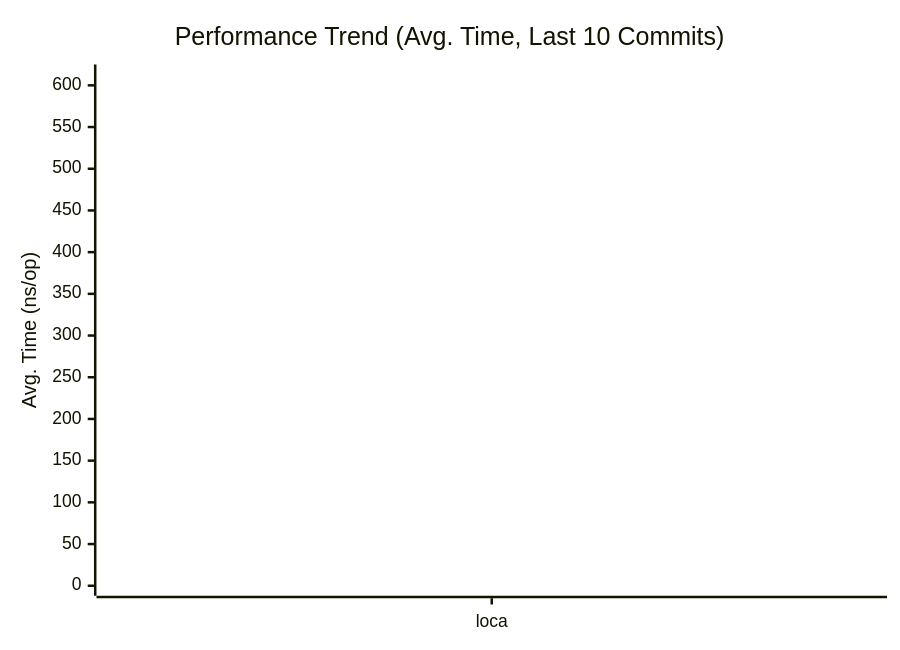
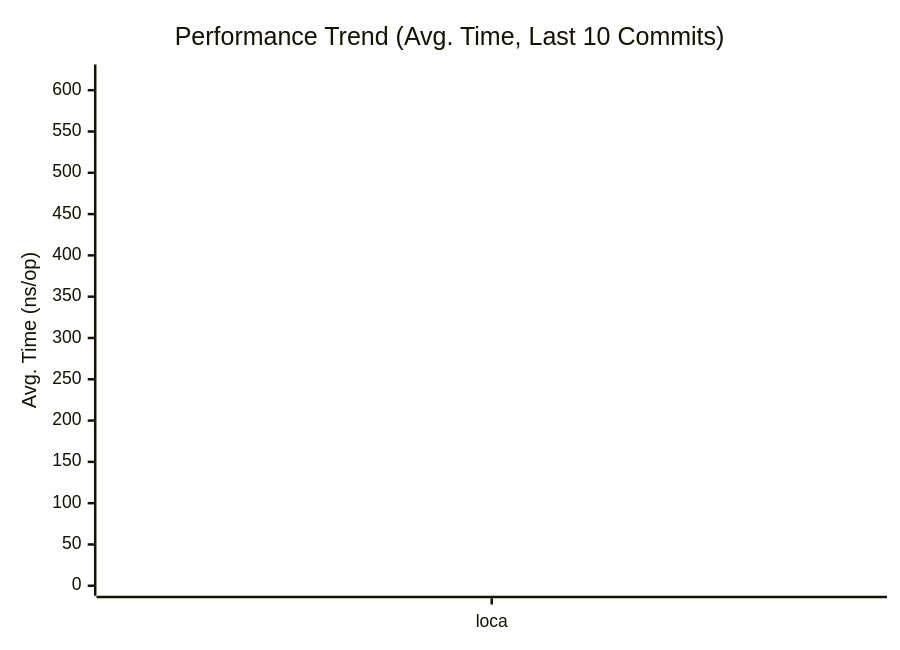
One commit to alsotoes/momo changed the first of 3 diagrams in docs/PERFORMANCE.md. Above: the diagram before and after it, drawn with Mermaid. The commit also changed other lines of this file and 6 other files, not shown here.

````diff
--- a/docs/PERFORMANCE.md
+++ b/docs/PERFORMANCE.md
@@ -80,16 +80,16 @@
 ```mermaid
 xychart-beta
     title "Performance Trend (Avg. Time, Last 10 Commits)"
     x-axis "Commit"
     y-axis "Avg. Time (ns/op)"
     x-axis [loca]
-    line "CheckMetricsAndSwap" [6,6,7,14,7,6,6,7,7,6]
-    line "CrushOptimized" [279,265,295,618,264,255,245,263,280,255]
-    line "CrushOriginal" [388,399,426,831,362,367,368,359,367,362]
-    line "IndexDirectTracking" [0,0,0,1,0,0,0,0,0,0]
-    line "IndexSearch" [2,3,3,4,3,3,3,3,3,3]
-    line "LoadGlobalConfig" [613,619,815,1442,632,613,599,626,637,616]
-    line "PadString" [2,2,2,3,2,2,2,2,2,2]
+    line "CheckMetricsAndSwap" [6,7,14,7,6,6,7,7,6,7]
+    line "CrushOptimized" [265,295,618,264,255,245,263,280,255,304]
+    line "CrushOriginal" [399,426,831,362,367,368,359,367,362,423]
+    line "IndexDirectTracking" [0,0,1,0,0,0,0,0,0,0]
+    line "IndexSearch" [3,3,4,3,3,3,3,3,3,3]
+    line "LoadGlobalConfig" [619,815,1442,632,613,599,626,637,616,726]
+    line "PadString" [2,2,3,2,2,2,2,2,2,2]
     line "ParseReplicationOrder_NoPrealloc" [350,349,357,354,345,225,229,165,232,234]
     line "ParseReplicationOrder_Prealloc" [229,231,237,234,229,108,107,80,110,109]
 ```
````
